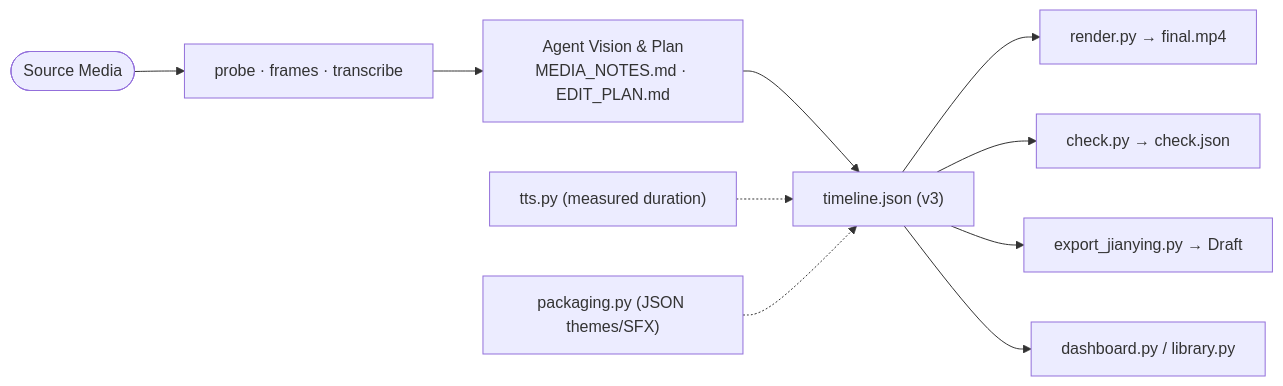
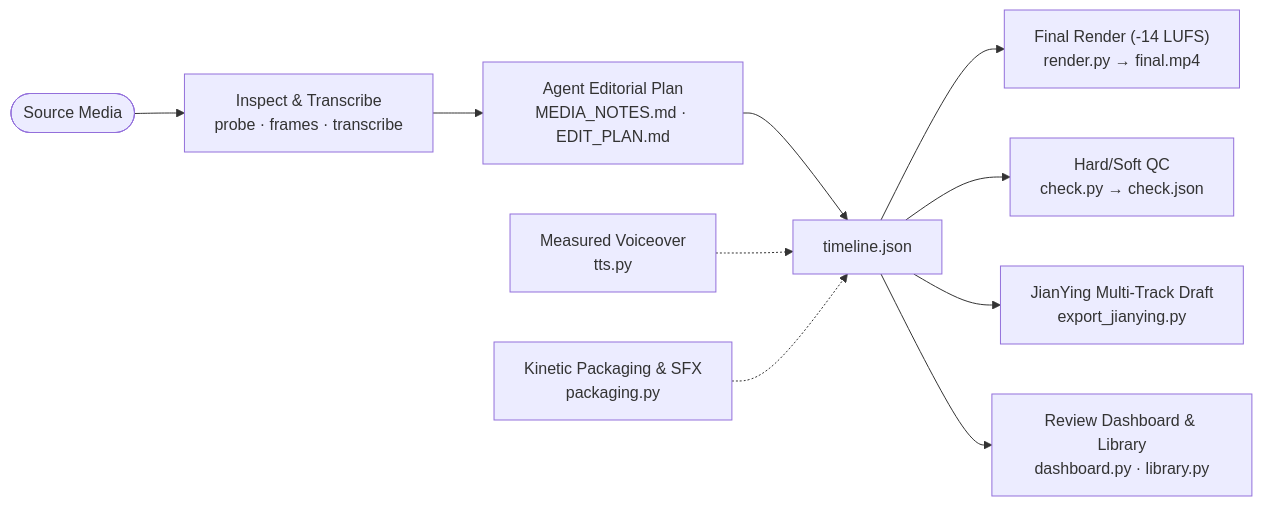
One commit to zenstory-ai/video-recap-skills changed the diagram in README_EN.md. Above: the diagram before and after it, drawn with Mermaid. The commit also changed other lines of this file and 1 other file, not shown here.

````diff
--- a/README_EN.md
+++ b/README_EN.md
@@ -121,12 +80,12 @@
 ```mermaid
 flowchart LR
-    src(["Source Media"]) --> inspect["probe · frames · transcribe"]
-    inspect --> plan["Agent Vision & Plan<br/>MEDIA_NOTES.md · EDIT_PLAN.md"]
-    plan --> tl["timeline.json (v3)"]
-    tts["tts.py (measured duration)"] -.-> tl
-    pkg["packaging.py (JSON themes/SFX)"] -.-> tl
-    tl --> render["render.py → final.mp4"]
-    tl --> check["check.py → check.json"]
-    tl --> jy["export_jianying.py → Draft"]
-    tl --> dash["dashboard.py / library.py"]
+    src(["Source Media"]) --> inspect["Inspect & Transcribe<br/>probe · frames · transcribe"]
+    inspect --> plan["Agent Editorial Plan<br/>MEDIA_NOTES.md · EDIT_PLAN.md"]
+    plan --> tl["timeline.json"]
+    tts["Measured Voiceover<br/>tts.py"] -.-> tl
+    pkg["Kinetic Packaging & SFX<br/>packaging.py"] -.-> tl
+    tl --> render["Final Render (-14 LUFS)<br/>render.py → final.mp4"]
+    tl --> check["Hard/Soft QC<br/>check.py → check.json"]
+    tl --> jy["JianYing Multi-Track Draft<br/>export_jianying.py"]
+    tl --> dash["Review Dashboard & Library<br/>dashboard.py · library.py"]
 ```
````
